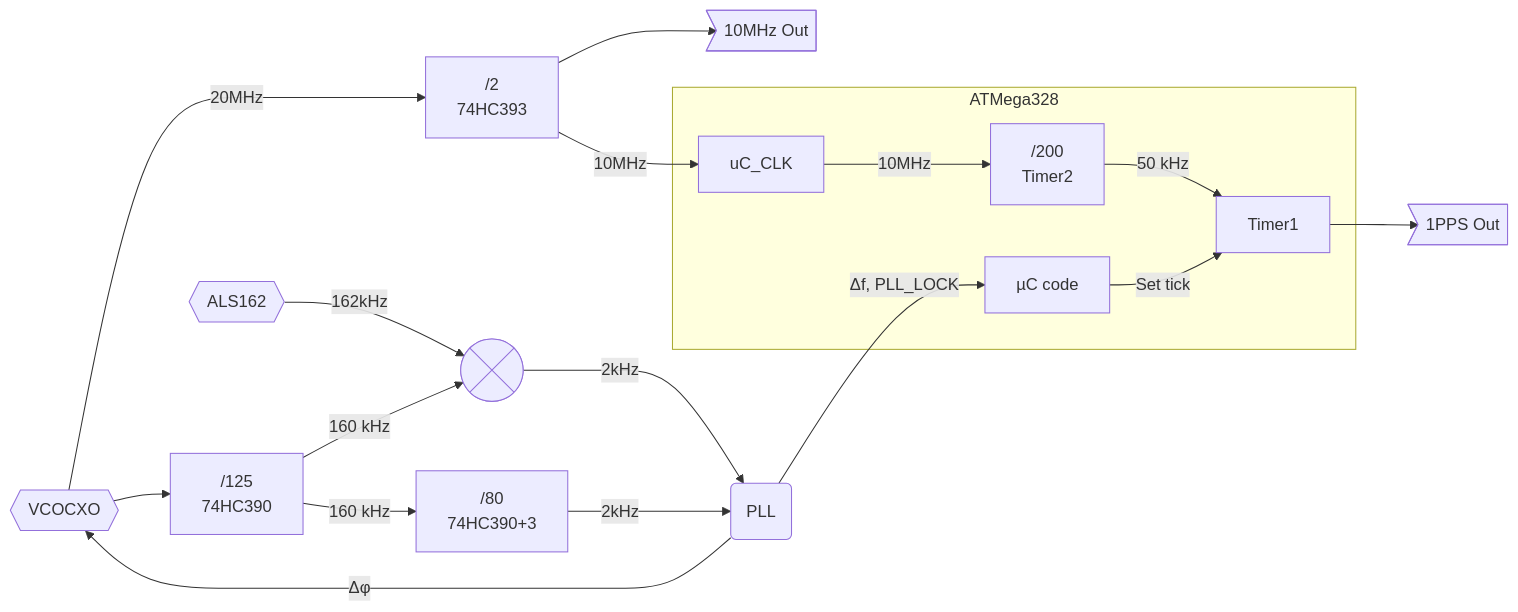
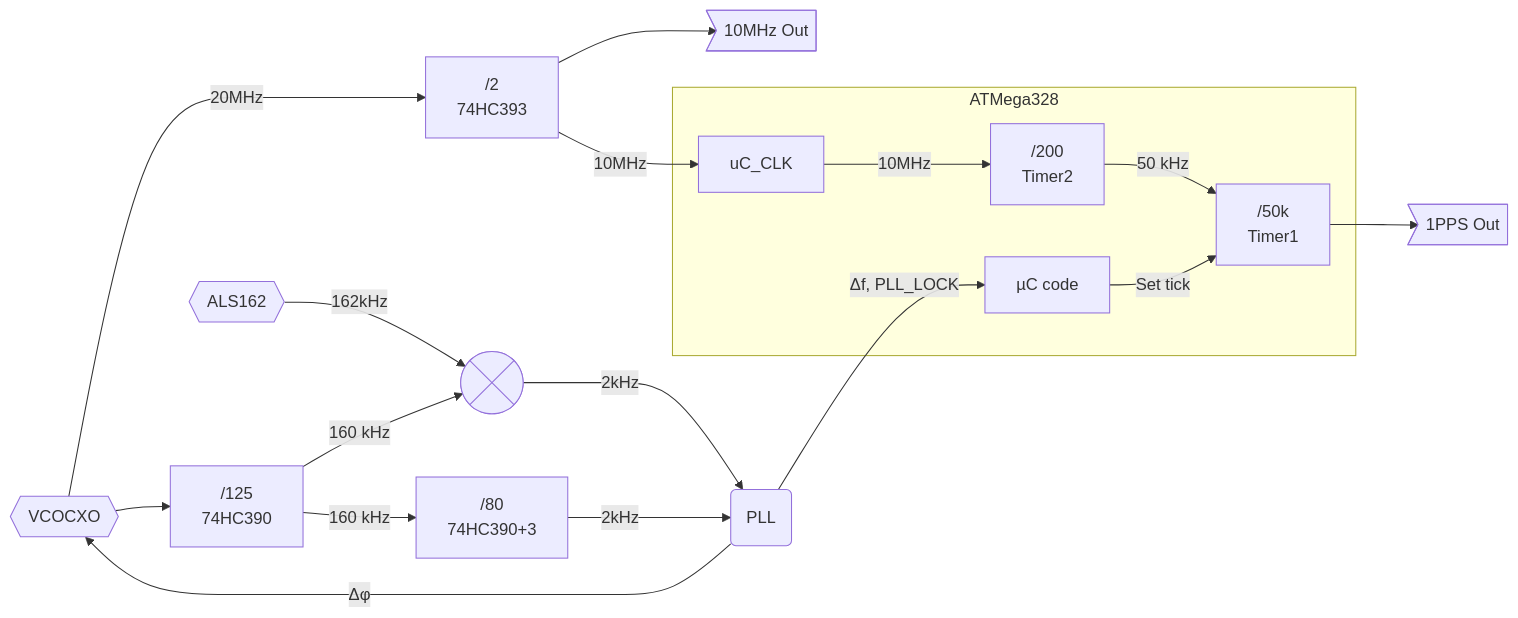
Before and after one commit to dscp46/als162: the diagram in doc/Clock_Architecture.md, drawn with Mermaid.

````diff
--- a/doc/Clock_Architecture.md
+++ b/doc/Clock_Architecture.md
@@ -7,23 +7,23 @@
 ```mermaid
 flowchart LR
     CLK@{ shape: hex, label: "VCOCXO"} -->|20MHz| D2[ /2<br>74HC393 ]
     D2 --> 10M> 10MHz Out ]
     D2 -->|10MHz| uC_CLK
     
     CLK --> D125[ /125<br>74HC390 ]
     D125 -->|160 kHz| MIX@{ shape: cross-circ }
     ALS162@{ shape: hex, label: "ALS162"} -->|162kHz| MIX
     MIX -->|2kHz| PLL(PLL)
     D125 -->|160 kHz| D80[ /80<br>74HC390+3 ]
     D80 -->|2kHz| PLL
     PLL -->|Δφ| CLK
     PLL -->|Δf, PLL_LOCK| uC
 
     subgraph ATMega328
     uC_CLK -->|10MHz| T2
     uC[ µC code ] -->|Set tick| T1
-    T2[ /200<br>Timer2 ] -->|50 kHz| T1[ Timer1 ]
+    T2[ /200<br>Timer2 ] -->|50 kHz| T1[ /50k<br>Timer1 ]
     end
 
     T1 --> PPS> 1PPS Out ]
 ```
````
